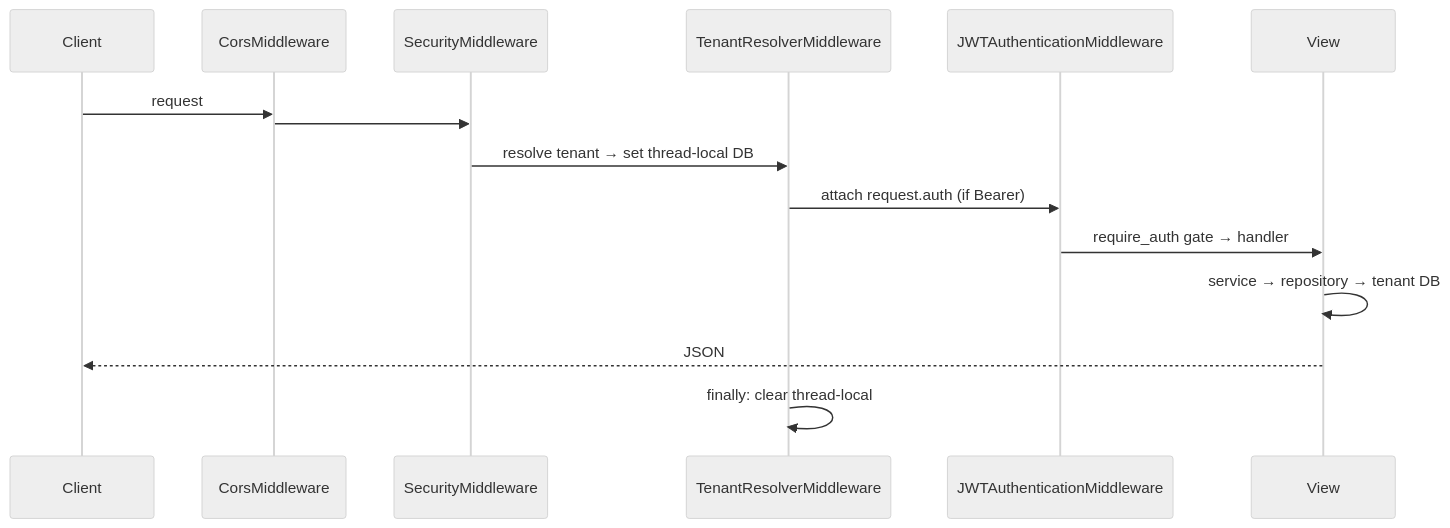
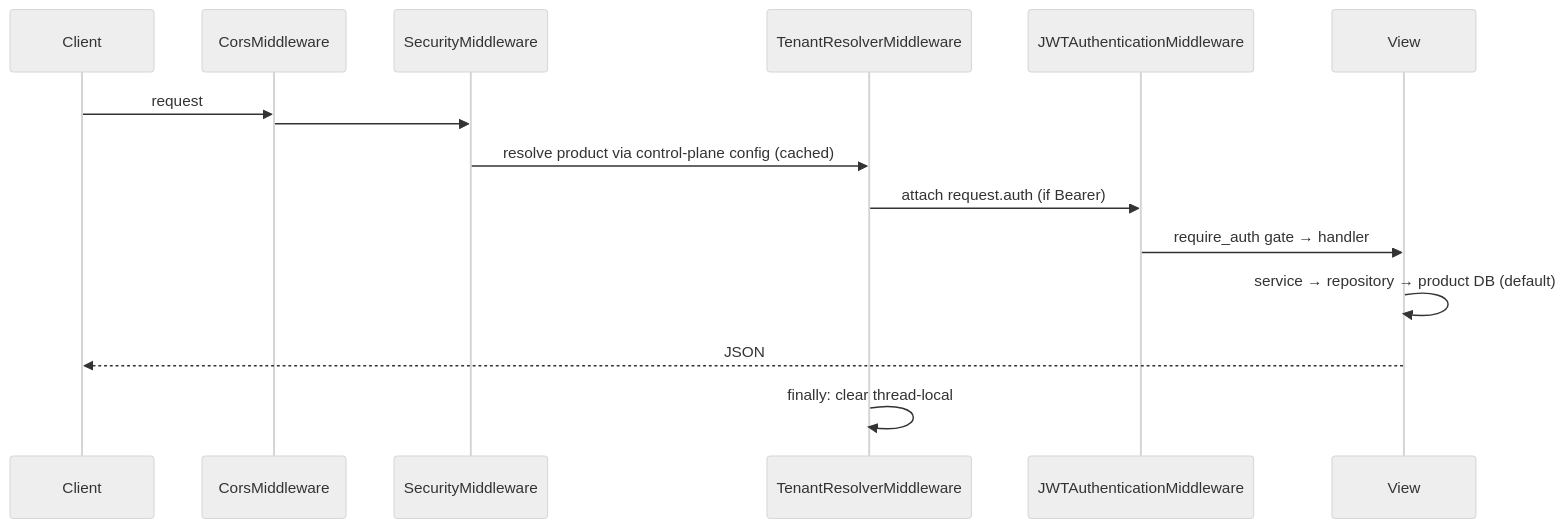
Before and after one commit to Aceplayswin/shamb_01: diagram 18 of 18 in README.md, drawn with Mermaid (neutral theme). The commit also changed other lines of this file, not shown here.

````diff
--- a/README.md
+++ b/README.md
@@ -1138,17 +1317,17 @@
 ```mermaid
 sequenceDiagram
   participant C as Client
   participant Cors as CorsMiddleware
   participant Sec as SecurityMiddleware
   participant Ten as TenantResolverMiddleware
   participant Jwt as JWTAuthenticationMiddleware
   participant V as View
   C->>Cors: request
   Cors->>Sec: 
-  Sec->>Ten: resolve tenant → set thread-local DB
+  Sec->>Ten: resolve product via control-plane config (cached)
   Ten->>Jwt: attach request.auth (if Bearer)
   Jwt->>V: require_auth gate → handler
-  V->>V: service → repository → tenant DB
+  V->>V: service → repository → product DB (default)
   V-->>C: JSON
   Ten->>Ten: finally: clear thread-local
 ```
````
